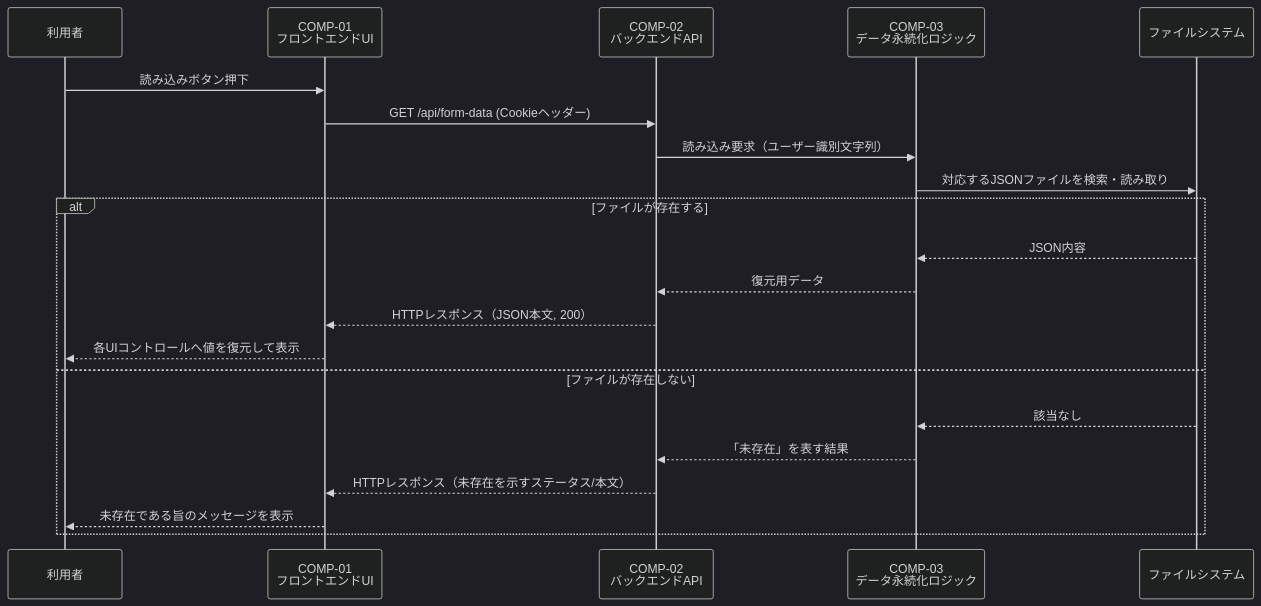
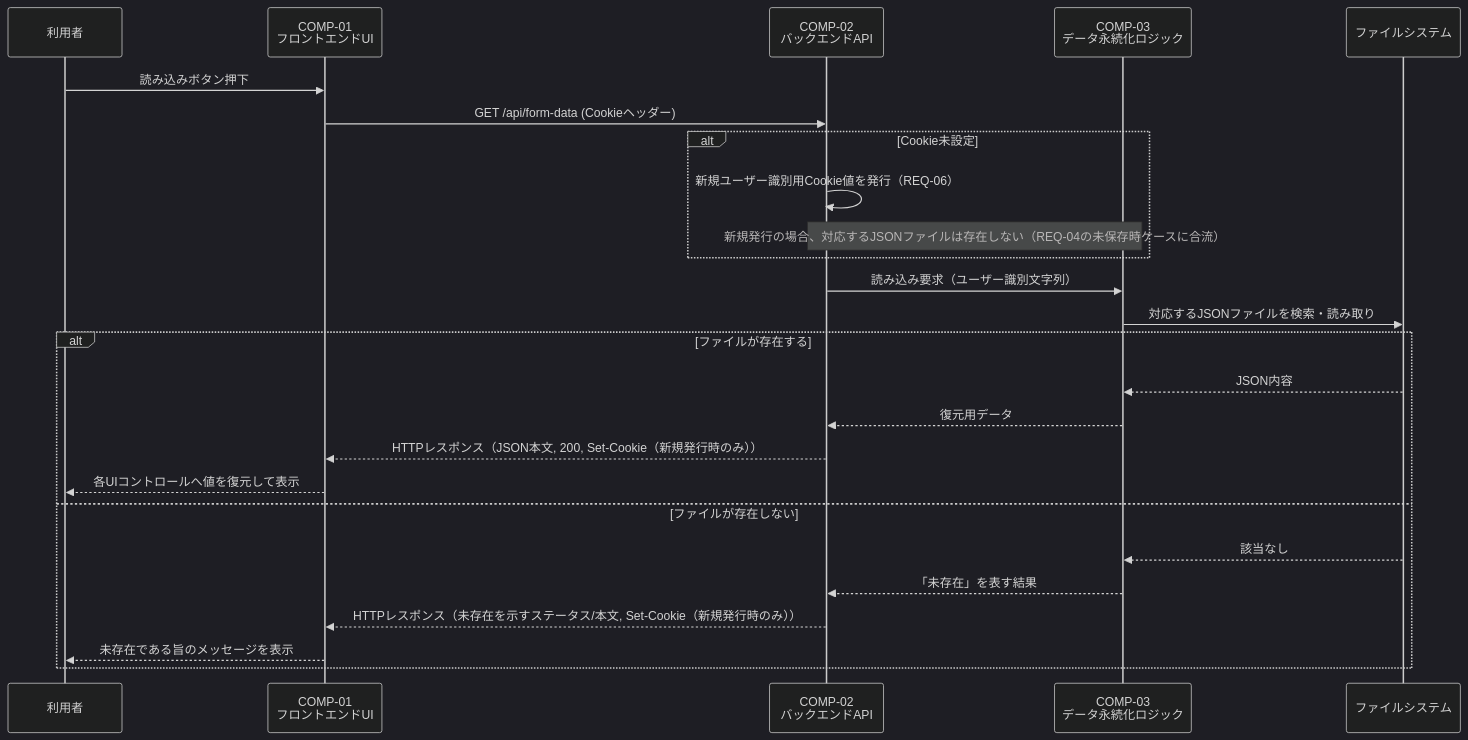
One commit to SanghunIm1991/learn-playwright-dotnet changed the third of 4 diagrams in docs/02_component_design/component_design.md. Above: the diagram before and after it, drawn with Mermaid (dark theme). The commit also changed other lines of this file, not shown here.

````diff
--- a/docs/02_component_design/component_design.md
+++ b/docs/02_component_design/component_design.md
@@ -140,24 +142,28 @@
 ```mermaid
 sequenceDiagram
     participant U as 利用者
     participant F as COMP-01<br/>フロントエンドUI
     participant A as COMP-02<br/>バックエンドAPI
     participant L as COMP-03<br/>データ永続化ロジック
     participant FS as ファイルシステム
 
     U->>F: 読み込みボタン押下
     F->>A: GET /api/form-data (Cookieヘッダー)
+    alt Cookie未設定
+        A->>A: 新規ユーザー識別用Cookie値を発行（REQ-06）
+        Note over A,L: 新規発行の場合、対応するJSONファイルは存在しない（REQ-04の未保存時ケースに合流）
+    end
     A->>L: 読み込み要求（ユーザー識別文字列）
     L->>FS: 対応するJSONファイルを検索・読み取り
     alt ファイルが存在する
         FS-->>L: JSON内容
         L-->>A: 復元用データ
-        A-->>F: HTTPレスポンス（JSON本文, 200）
+        A-->>F: HTTPレスポンス（JSON本文, 200, Set-Cookie（新規発行時のみ））
         F-->>U: 各UIコントロールへ値を復元して表示
     else ファイルが存在しない
         FS-->>L: 該当なし
         L-->>A: 「未存在」を表す結果
-        A-->>F: HTTPレスポンス（未存在を示すステータス/本文）
+        A-->>F: HTTPレスポンス（未存在を示すステータス/本文, Set-Cookie（新規発行時のみ））
         F-->>U: 未存在である旨のメッセージを表示
     end
 ```
````
